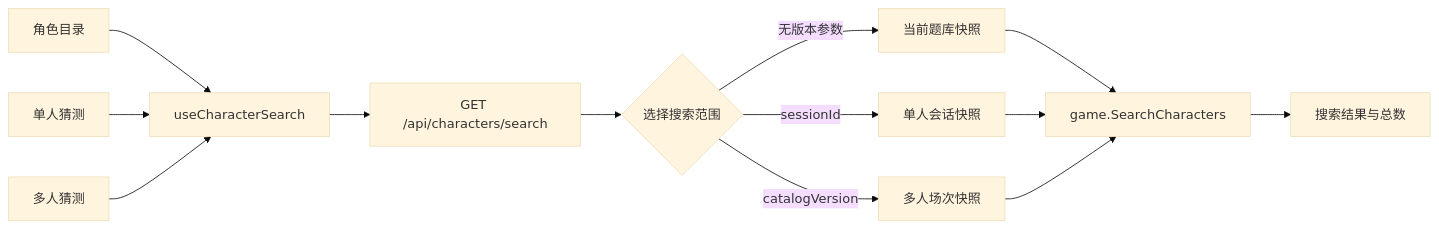
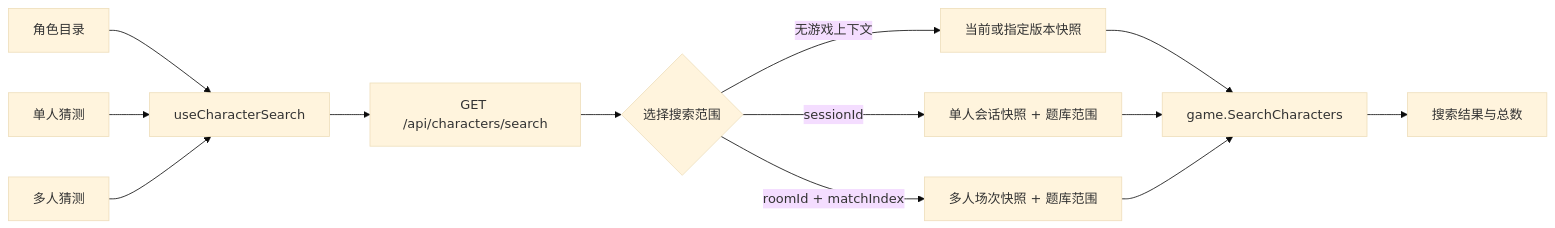
The fifth of 5 diagrams in docs/architecture.md (jachinzhang1/TouhouFlandre), drawn with Mermaid (base theme) before and after one commit. The commit also changed other lines of this file and 1 other file, not shown here.

````diff
--- a/docs/architecture.md
+++ b/docs/architecture.md
@@ -115,15 +115,15 @@
 ```mermaid
 flowchart LR
     C["角色目录"] --> H["useCharacterSearch"]
     S["单人猜测"] --> H
     M["多人猜测"] --> H
     H --> A["GET /api/characters/search"]
     A --> R{"选择搜索范围"}
-    R -->|"无版本参数"| V1["当前题库快照"]
-    R -->|"sessionId"| V2["单人会话快照"]
-    R -->|"catalogVersion"| V3["多人场次快照"]
+    R -->|"无游戏上下文"| V1["当前或指定版本快照"]
+    R -->|"sessionId"| V2["单人会话快照 + 题库范围"]
+    R -->|"roomId + matchIndex"| V3["多人场次快照 + 题库范围"]
     V1 --> G["game.SearchCharacters"]
     V2 --> G
     V3 --> G
     G --> O["搜索结果与总数"]
 ```
````
